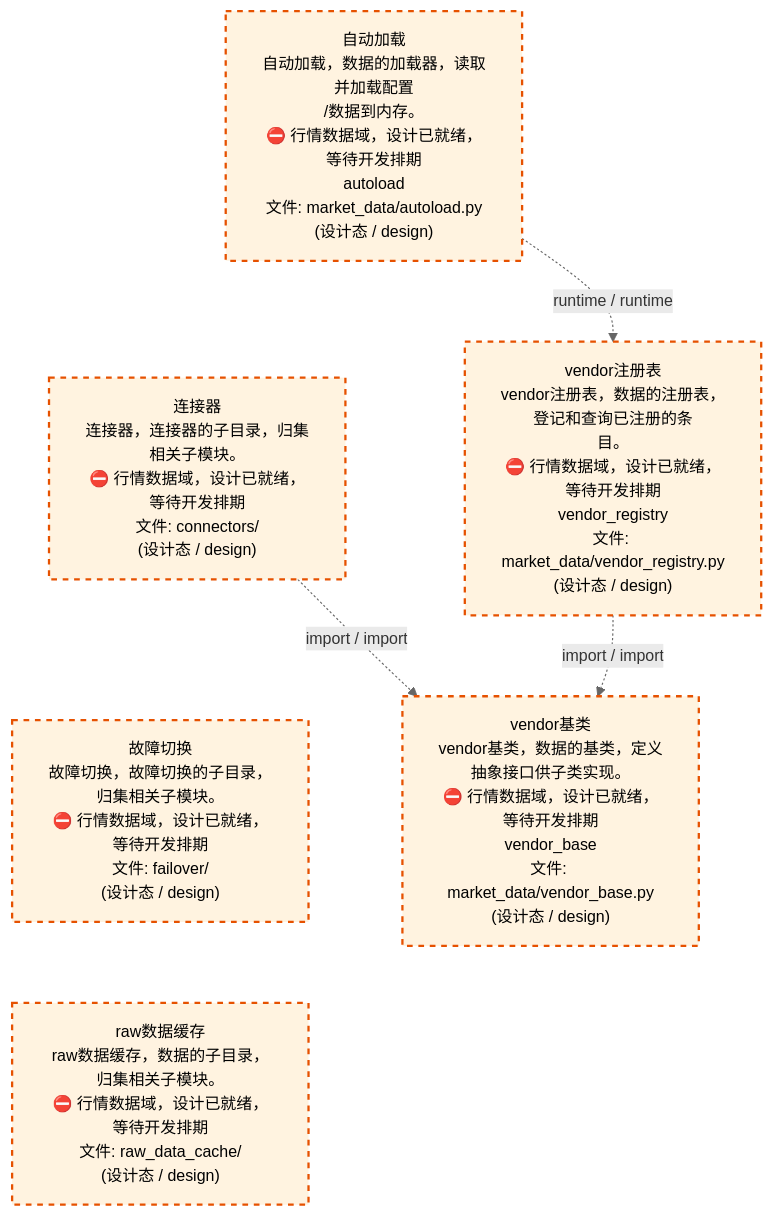
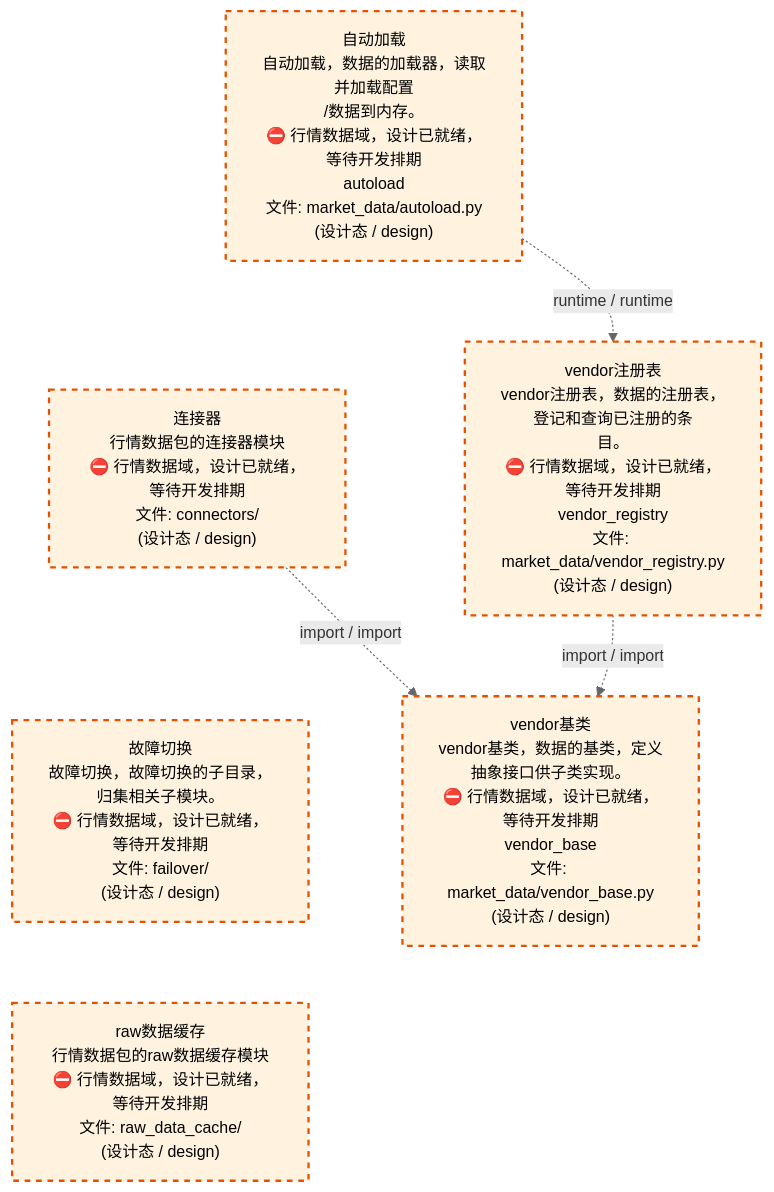
One commit to xuanFelixVan/ZephyrAlpha changed the third of 4 diagrams in docs/02_enterprise_architecture/02_domain_architecture_docs/23_d_mkt_data.md. Above: the diagram before and after it, drawn with Mermaid. The commit also changed other lines of this file and 58 other files, not shown here.

````diff
--- a/docs/02_enterprise_architecture/02_domain_architecture_docs/23_d_mkt_data.md
+++ b/docs/02_enterprise_architecture/02_domain_architecture_docs/23_d_mkt_data.md
@@ -143,21 +143,21 @@
 ```mermaid
 %%{init: {'theme': 'base', 'themeVariables': {'primaryColor': '#eaeaea', 'primaryTextColor': '#333333', 'primaryBorderColor': '#666666', 'lineColor': '#666666', 'secondaryColor': '#eaeaea', 'tertiaryColor': '#eaeaea', 'fontSize': '14px'}}}%%
 flowchart TD
     src_zephyr_market_data_autoload_py["自动加载<br/>自动加载，数据的加载器，读取并加载配置<br/>/数据到内存。<br/>⛔ 行情数据域，设计已就绪，等待开发排期<br/>autoload<br/>文件: market_data/autoload.py<br/>(设计态 / design)"]
-    src_zephyr_market_data_connectors["连接器<br/>连接器，连接器的子目录，归集相关子模块。<br/>⛔ 行情数据域，设计已就绪，等待开发排期<br/>文件: connectors/<br/>(设计态 / design)"]
+    src_zephyr_market_data_connectors["连接器<br/>行情数据包的连接器模块<br/>⛔ 行情数据域，设计已就绪，等待开发排期<br/>文件: connectors/<br/>(设计态 / design)"]
     src_zephyr_market_data_failover["故障切换<br/>故障切换，故障切换的子目录，归集相关子模块。<br/>⛔ 行情数据域，设计已就绪，等待开发排期<br/>文件: failover/<br/>(设计态 / design)"]
-    src_zephyr_market_data_raw_data_cache["raw数据缓存<br/>raw数据缓存，数据的子目录，归集相关子模块。<br/>⛔ 行情数据域，设计已就绪，等待开发排期<br/>文件: raw_data_cache/<br/>(设计态 / design)"]
+    src_zephyr_market_data_raw_data_cache["raw数据缓存<br/>行情数据包的raw数据缓存模块<br/>⛔ 行情数据域，设计已就绪，等待开发排期<br/>文件: raw_data_cache/<br/>(设计态 / design)"]
     src_zephyr_market_data_autoload_py ~~~ src_zephyr_market_data_connectors
     src_zephyr_market_data_connectors ~~~ src_zephyr_market_data_failover
     src_zephyr_market_data_failover ~~~ src_zephyr_market_data_raw_data_cache
     src_zephyr_market_data_vendor_registry_py["vendor注册表<br/>vendor注册表，数据的注册表，登记和查询已注册的条<br/>目。<br/>⛔ 行情数据域，设计已就绪，等待开发排期<br/>vendor_registry<br/>文件: market_data/vendor_registry.py<br/>(设计态 / design)"]
     src_zephyr_market_data_vendor_base_py["vendor基类<br/>vendor基类，数据的基类，定义抽象接口供子类实现。<br/>⛔ 行情数据域，设计已就绪，等待开发排期<br/>vendor_base<br/>文件: market_data/vendor_base.py<br/>(设计态 / design)"]
     src_zephyr_market_data_vendor_registry_py -.->|import / import| src_zephyr_market_data_vendor_base_py
     src_zephyr_market_data_connectors -.->|import / import| src_zephyr_market_data_vendor_base_py
     src_zephyr_market_data_autoload_py -.->|runtime / runtime| src_zephyr_market_data_vendor_registry_py
     classDef production fill:#e1f5fe,stroke:#01579b,stroke-width:2px,color:#000
     classDef design fill:#fff3e0,stroke:#e65100,stroke-width:2px,color:#000,stroke-dasharray: 5 5
     classDef external_prod fill:#e8f4fd,stroke:#0277bd,stroke-width:1px,color:#000
     classDef external_design fill:#fff8e7,stroke:#ef6c00,stroke-width:1px,color:#000,stroke-dasharray: 5 5
     class src_zephyr_market_data_autoload_py,src_zephyr_market_data_connectors,src_zephyr_market_data_failover,src_zephyr_market_data_raw_data_cache,src_zephyr_market_data_vendor_base_py,src_zephyr_market_data_vendor_registry_py design
 ```
````
